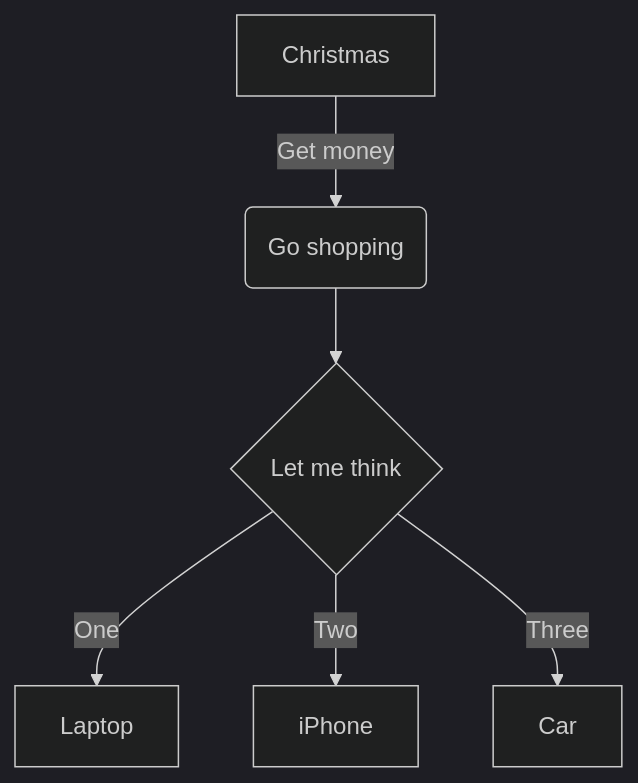
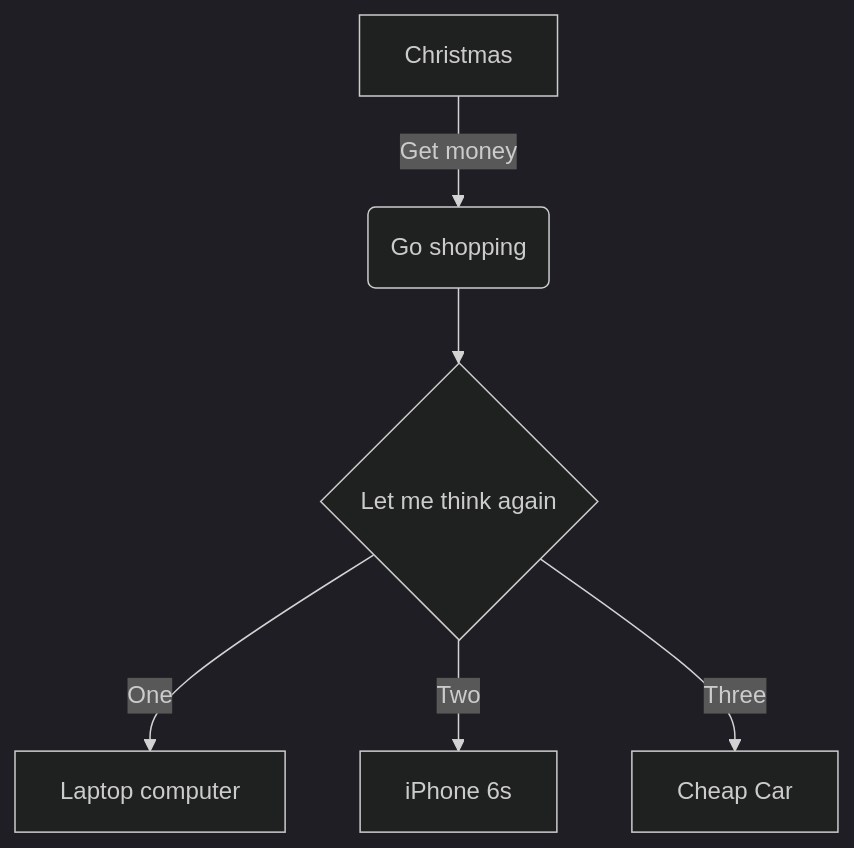
One commit to WeeBeasties/WeeBeasties.github.io changed the diagram in _posts/2018-04-06-Practice-Post.md. Above: the diagram before and after it, drawn with Mermaid (dark theme).

Commit message:
modified the diagram to see build

```diff
--- a/_posts/2018-04-06-Practice-Post.md
+++ b/_posts/2018-04-06-Practice-Post.md
@@ -26,8 +26,8 @@
 <div class="mermaid">  
 graph TD   
 A[Christmas] -->|Get money| B(Go shopping)   
-B --> C{Let me think}   
-C -->|One| D[Laptop]   
-C -->|Two| E[iPhone]   
-C -->|Three| F[Car]   
+B --> C{Let me think again}   
+C -->|One| D[Laptop computer]   
+C -->|Two| E[iPhone 6s]   
+C -->|Three| F[Cheap Car]   
 </div>
```
